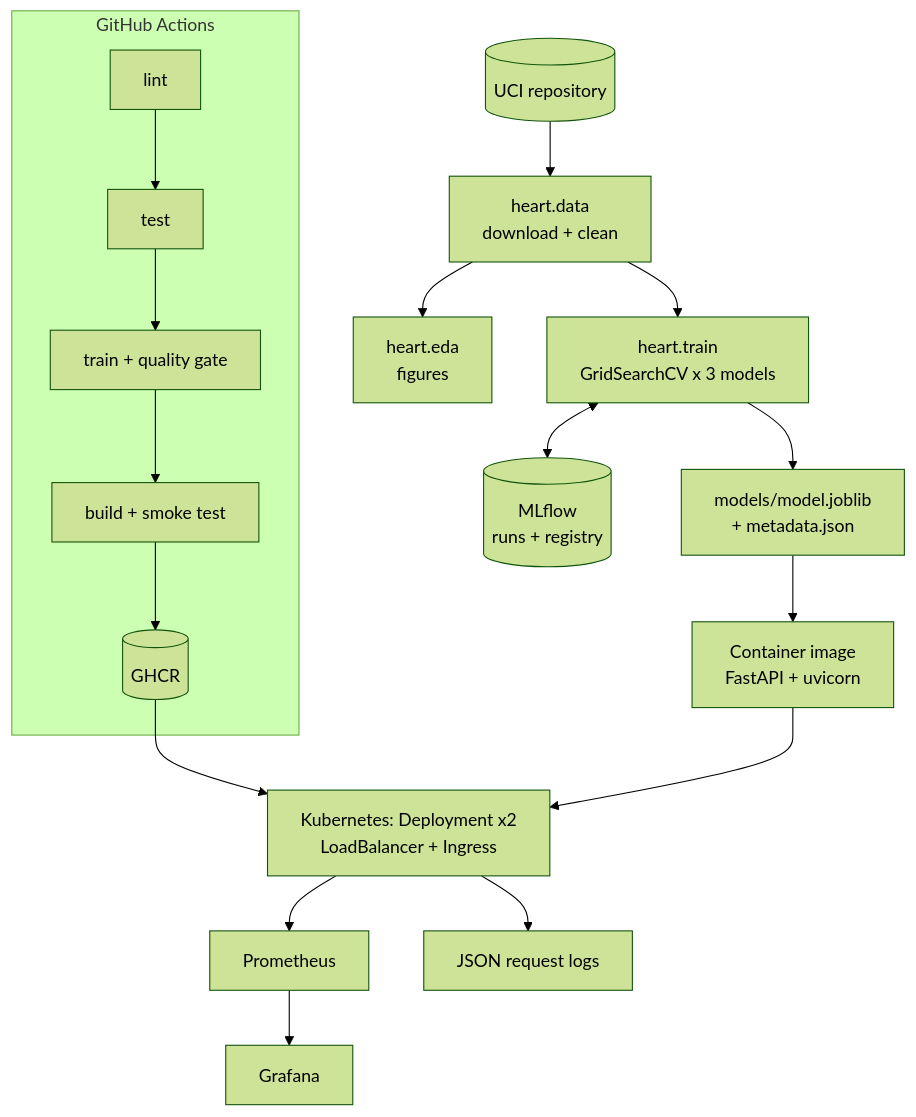
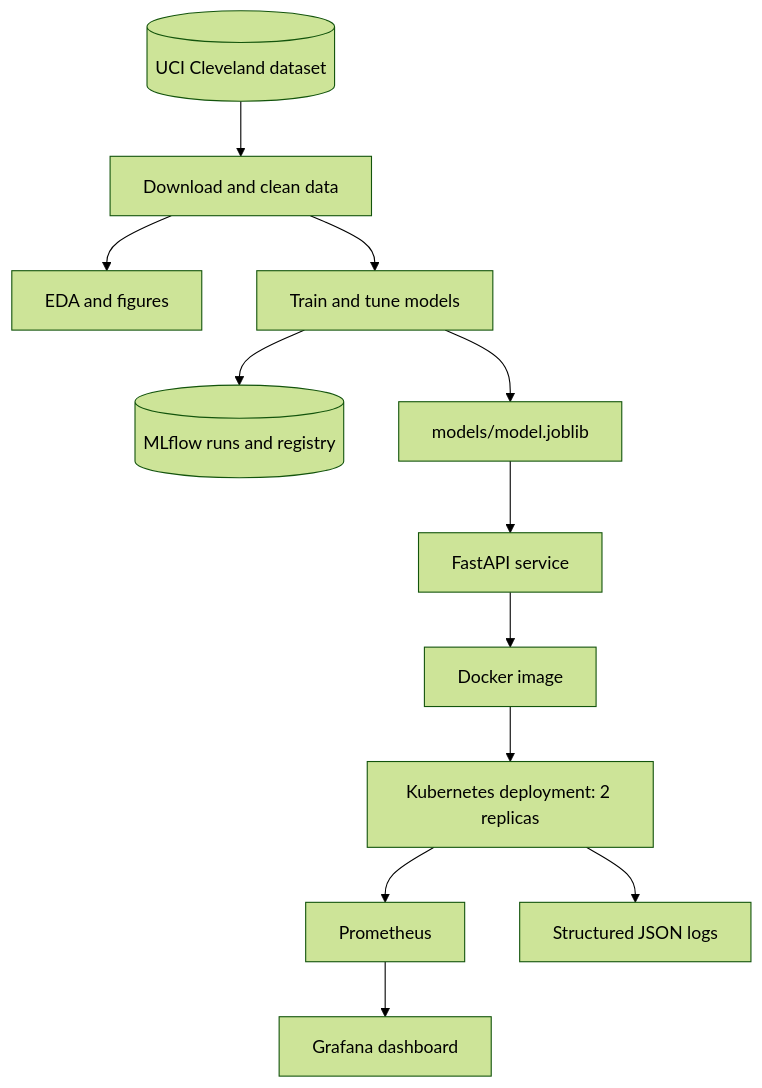
One commit to Kush-munot/heart-disease-mlops changed the first of 2 diagrams in docs/REPORT.md. Above: the diagram before and after it, drawn with Mermaid (forest theme). The commit also changed other lines of this file and 3 other files, not shown here.

````diff
--- a/docs/REPORT.md
+++ b/docs/REPORT.md
@@ -12,16 +31,14 @@
 ```mermaid
 flowchart TB
-  UCI[(UCI repository)] --> D[heart.data<br/>download + clean]
-  D --> E[heart.eda<br/>figures]
-  D --> T[heart.train<br/>GridSearchCV x 3 models]
-  T <--> M[(MLflow<br/>runs + registry)]
-  T --> A[models/model.joblib<br/>+ metadata.json]
-  subgraph GitHub Actions
-    L[lint] --> U[test] --> TR[train + quality gate] --> C[build + smoke test] --> R[(GHCR)]
-  end
-  A --> IMG[Container image<br/>FastAPI + uvicorn]
-  R --> K
-  IMG --> K[Kubernetes: Deployment x2<br/>LoadBalancer + Ingress]
-  K --> P[Prometheus] --> G[Grafana]
-  K --> LOGS[JSON request logs]
+    UCI[(UCI Cleveland dataset)] --> DATA[Download and clean data]
+    DATA --> EDA[EDA and figures]
+    DATA --> TRAIN[Train and tune models]
+    TRAIN --> MLFLOW[(MLflow runs and registry)]
+    TRAIN --> MODEL[models/model.joblib]
+    MODEL --> API[FastAPI service]
+    API --> IMAGE[Docker image]
+    IMAGE --> K8S[Kubernetes deployment: 2 replicas]
+    K8S --> PROM[Prometheus]
+    PROM --> GRAF[Grafana dashboard]
+    K8S --> LOGS[Structured JSON logs]
 ```
````
